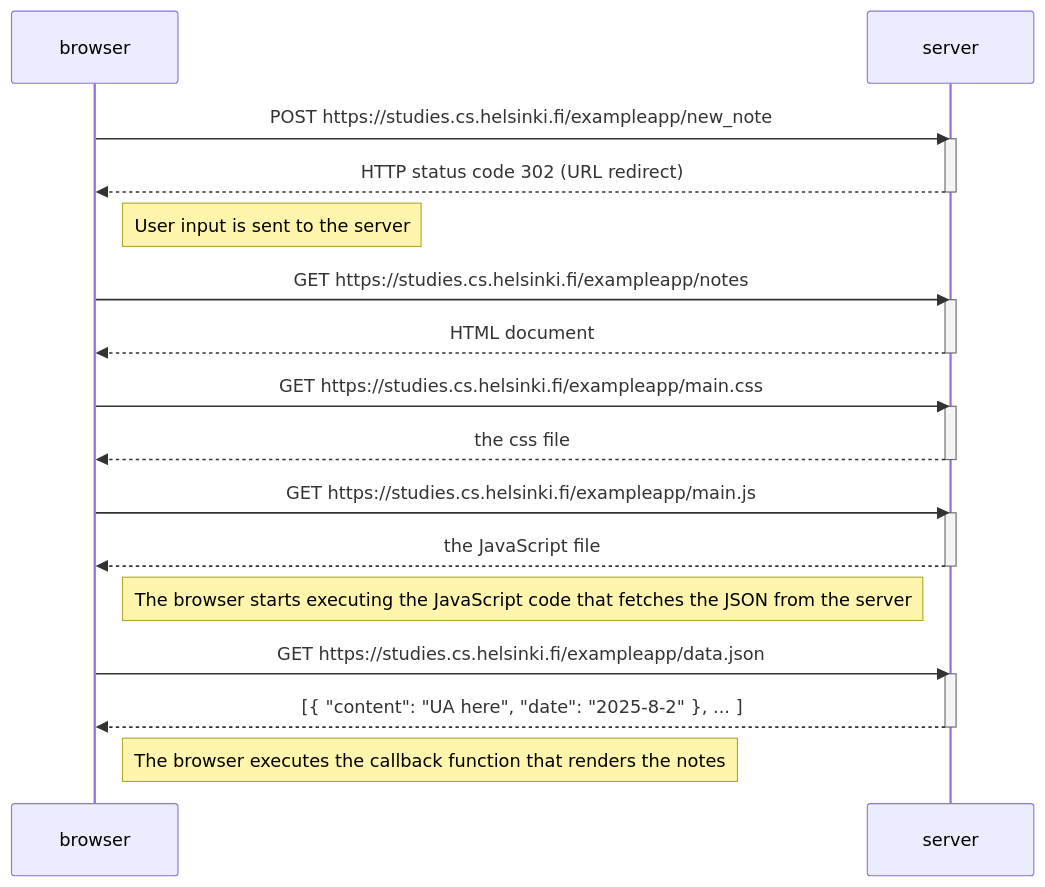
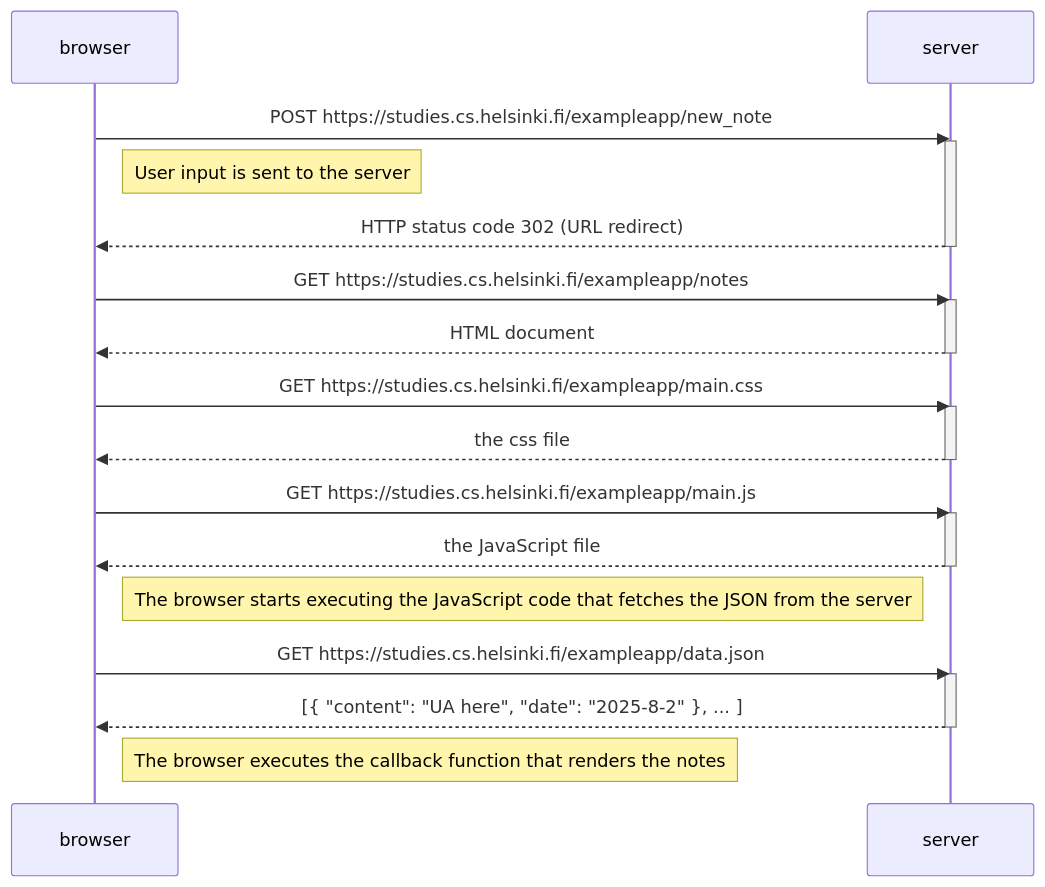
Before and after one commit to ujala-adil/Full-Stack-Open: the diagram in 0.4_NewNoteDiagram.md, drawn with Mermaid.

Commit message:
Update 0.4_NewNoteDiagram.md
updating comment

````diff
--- a/0.4_NewNoteDiagram.md
+++ b/0.4_NewNoteDiagram.md
@@ -1,36 +1,37 @@
 ```mermaid
 sequenceDiagram
     participant browser
     participant server
 
     browser->>server: POST https://studies.cs.helsinki.fi/exampleapp/new_note
     activate server
+
+    Note right of browser: User input is sent to the server
+
     server-->>browser: HTTP status code 302 (URL redirect)
     deactivate server
-
-    Note right of browser: User input is sent to the server
 
     browser->>server: GET https://studies.cs.helsinki.fi/exampleapp/notes
     activate server
     server-->>browser: HTML document
     deactivate server
 
     browser->>server: GET https://studies.cs.helsinki.fi/exampleapp/main.css
     activate server
     server-->>browser: the css file
     deactivate server
 
     browser->>server: GET https://studies.cs.helsinki.fi/exampleapp/main.js
     activate server
     server-->>browser: the JavaScript file
     deactivate server
 
     Note right of browser: The browser starts executing the JavaScript code that fetches the JSON from the server
 
     browser->>server: GET https://studies.cs.helsinki.fi/exampleapp/data.json
     activate server
     server-->>browser: [{ "content": "UA here", "date": "2025-8-2" }, ... ]
     deactivate server
 
     Note right of browser: The browser executes the callback function that renders the notes
 ```
````
